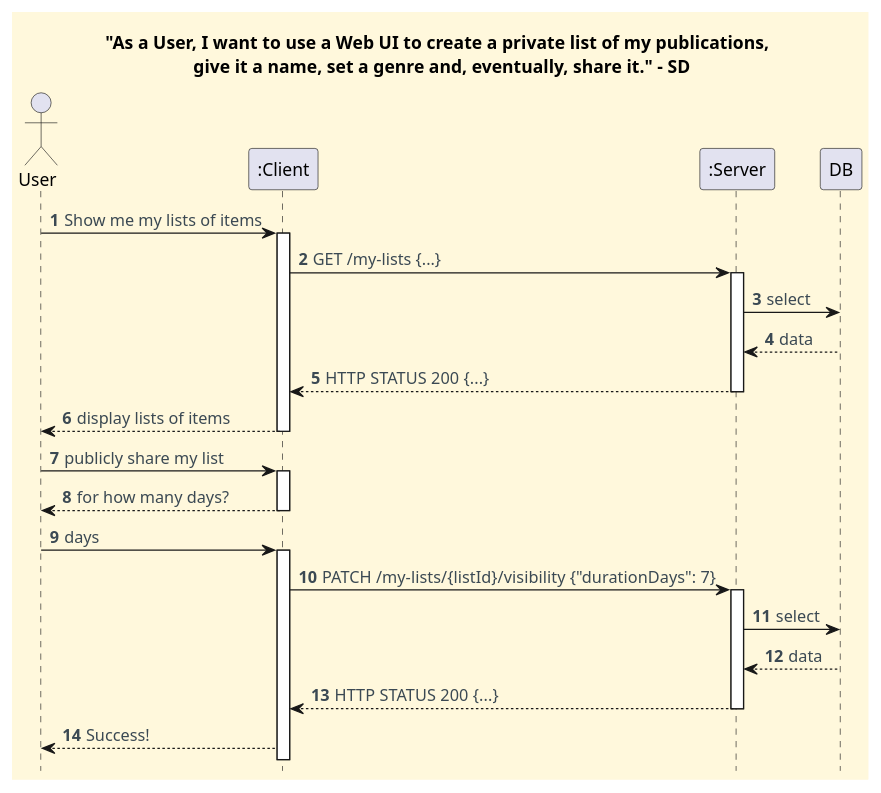
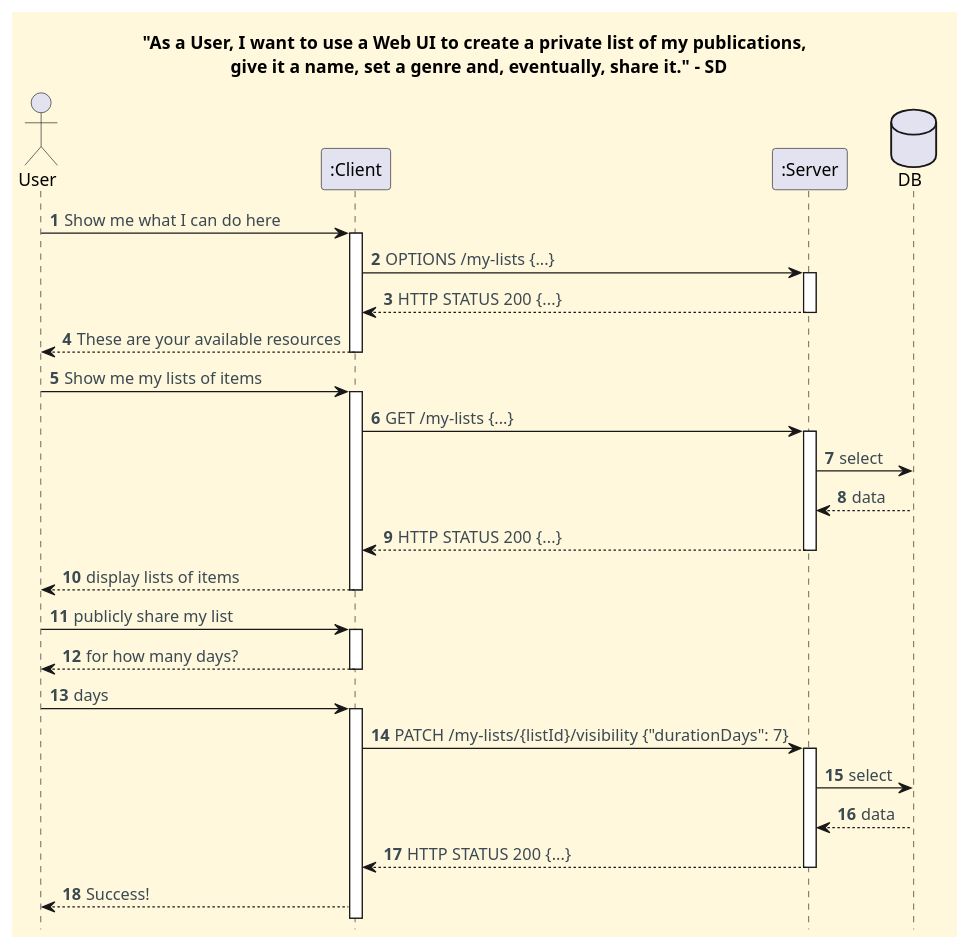
Before and after one commit to CarolinaLeite-collab/JavaMarketplacePlatform: the diagram in docs/client-server-diagrams/publicly-share-a-list-of-mine/Process_View_SD.puml, drawn with PlantUML. The commit also changed 1 other file, not shown here.

Commit message:
fix: updated process view diagrams for publicly share a list of mine functionality, closes #929

```diff
--- a/docs/client-server-diagrams/publicly-share-a-list-of-mine/Process_View_SD.puml
+++ b/docs/client-server-diagrams/publicly-share-a-list-of-mine/Process_View_SD.puml
@@ -1,49 +1,59 @@
 @startuml
 '==== Title ====
 title "As a User, I want to use a Web UI to create a private list of my publications, \n give it a name, set a genre and, eventually, share it." - SD
 
 '==== basic style ====
 skinparam monochrome false
 skinparam shadowing false
 skinparam defaultFontName Futura
 skinparam objectFontSize 20
 skinparam backgroundColor CornSilk
 skinparam objectBackgroundColor WhiteSmoke
 skinparam noteBackgroundColor #FFFFE0
 skinparam ArrowFontColor #3B4953
 skinparam ActivationBackgroundColor black
 hidefootbox
 autonumber
 
 ' ==== Actor and participants ====
 actor User
 participant ":Client" as CLI
 participant ":Server" as SER
+database "DB" as DB
+
+User -> CLI : Show me what I can do here
+activate CLI
+CLI -> SER : OPTIONS /my-lists {...}
+activate SER
+SER --> CLI : HTTP STATUS 200 {...}
+deactivate SER
+CLI --> User : These are your available resources
+deactivate CLI
 
 User -> CLI : Show me my lists of items
 activate CLI
 CLI -> SER : GET /my-lists {...}
 activate SER
 SER -> DB : select
 DB --> SER : data
 SER --> CLI : HTTP STATUS 200 {...}
 deactivate SER
 CLI --> User : display lists of items
 deactivate CLI
 
 User -> CLI : publicly share my list
 activate CLI
 CLI --> User : for how many days?
 deactivate CLI
 
 User -> CLI : days
 activate CLI
 CLI -> SER : PATCH /my-lists/{listId}/visibility {"durationDays": 7}
 activate SER
 SER -> DB : select
 DB --> SER : data
 SER --> CLI : HTTP STATUS 200 {...}
 deactivate SER
 CLI --> User: Success!
 
 @enduml
```
